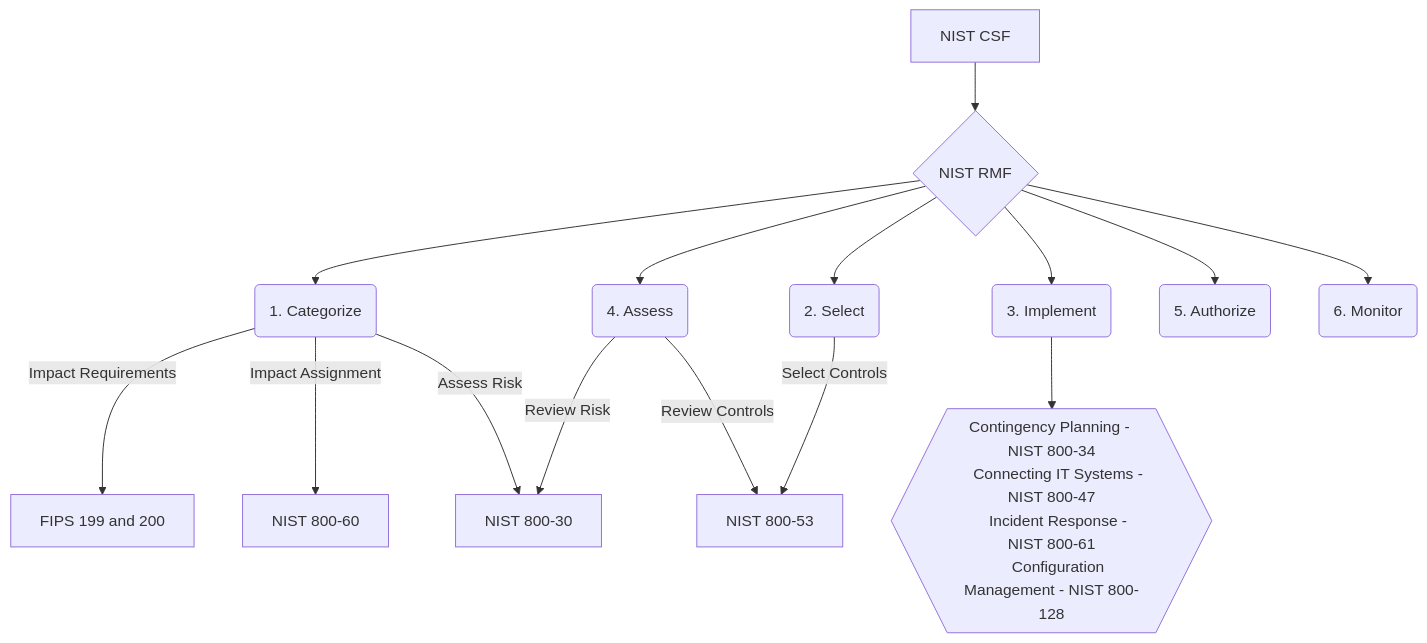
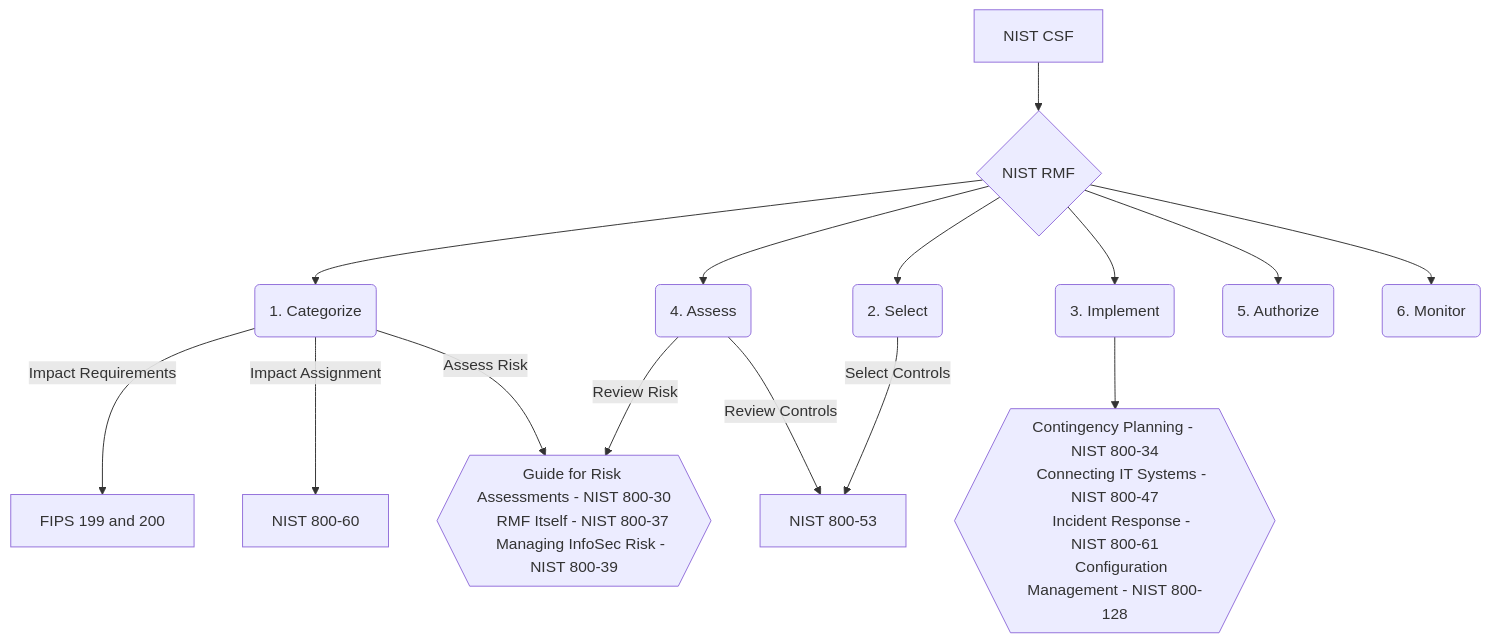
The diagram in src/site/notes/Security Frameworks/NIST/NIST Frameworks and SPs Overview.md (WiseGuru/MaxwellCTI), drawn with Mermaid before and after one commit. The commit also changed other lines of this file, not shown here.

Commit message:
Update content src/site/notes/Security Frameworks/NIST/NIST Frameworks and SPs Overview.md

````diff
--- a/src/site/notes/Security Frameworks/NIST/NIST Frameworks and SPs Overview.md
+++ b/src/site/notes/Security Frameworks/NIST/NIST Frameworks and SPs Overview.md
@@ -13,26 +13,30 @@
 ```mermaid
 flowchart TD
     A[NIST CSF] --> B{NIST RMF}
 
     B --> C(1. Categorize)
     C --> |Impact Requirements| D[FIPS 199 and 200]
     C --> |Impact Assignment| E[NIST 800-60]
-    C --> |Assess Risk| P[NIST 800-30]
+    C --> |Assess Risk| P{{"Guide for Risk Assessments - NIST 800-30
+    RMF Itself - NIST 800-37
+    Managing InfoSec Risk - NIST 800-39"}}
 
     B --> M("4. Assess")
     M -->|Review Controls| G[NIST 800-53]
-    M -->|Review Risk| P[NIST 800-30]
+    M -->|Review Risk| P{{"Guide for Risk Assessments - NIST 800-30
+    RMF Itself - NIST 800-37
+    Managing InfoSec Risk - NIST 800-39"}}
 
     B --> F(2. Select)
     F -->|Select Controls| G[NIST 800-53]
 
     B --> H(3. Implement)
     H --> I{{"Contingency Planning - NIST 800-34
     Connecting IT Systems - NIST 800-47
     Incident Response - NIST 800-61
     Configuration Management - NIST 800-128"}}
 
     B --> N(5. Authorize)
     B --> O(6. Monitor)
 
 ```
````
